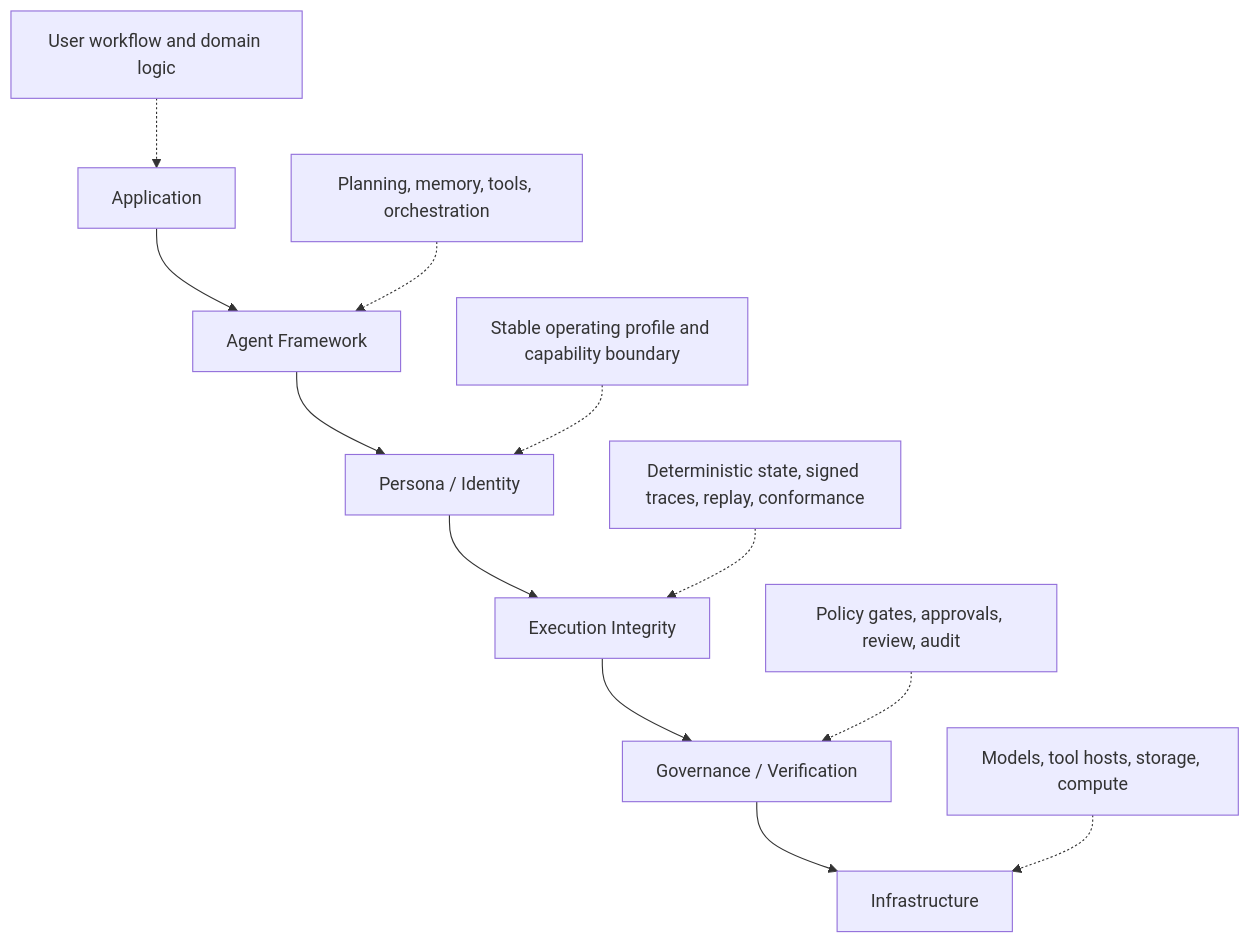
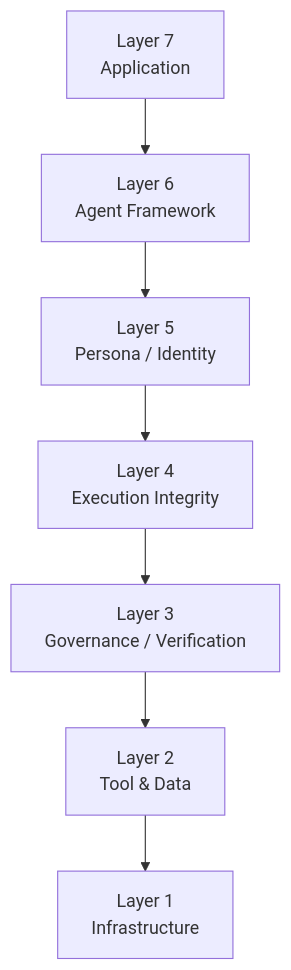
One commit to joy7758/fdo-kernel-mvk changed the diagram in README.md. Above: the diagram before and after it, drawn with Mermaid. The commit also changed other lines of this file and 3 other files, not shown here.

Commit message:
docs: add AI Agent Runtime OSI architecture

````diff
--- a/README.md
+++ b/README.md
@@ -33,15 +34,9 @@
 ```mermaid
 flowchart TB
-    A[Application] --> B[Agent Framework]
-    B --> C[Persona / Identity]
-    C --> D[Execution Integrity]
-    D --> E[Governance / Verification]
-    E --> F[Infrastructure]
-
-    G[User workflow and domain logic] -.-> A
-    H[Planning, memory, tools, orchestration] -.-> B
-    I[Stable operating profile and capability boundary] -.-> C
-    J[Deterministic state, signed traces, replay, conformance] -.-> D
-    K[Policy gates, approvals, review, audit] -.-> E
-    L[Models, tool hosts, storage, compute] -.-> F
+    A["Layer 7<br>Application"] --> B["Layer 6<br>Agent Framework"]
+    B --> C["Layer 5<br>Persona / Identity"]
+    C --> D["Layer 4<br>Execution Integrity"]
+    D --> E["Layer 3<br>Governance / Verification"]
+    E --> F["Layer 2<br>Tool & Data"]
+    F --> G["Layer 1<br>Infrastructure"]
 ```
````
